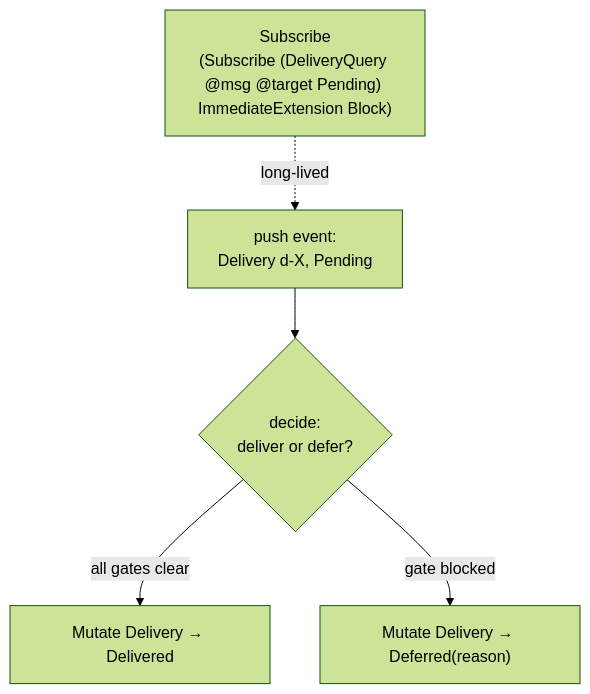
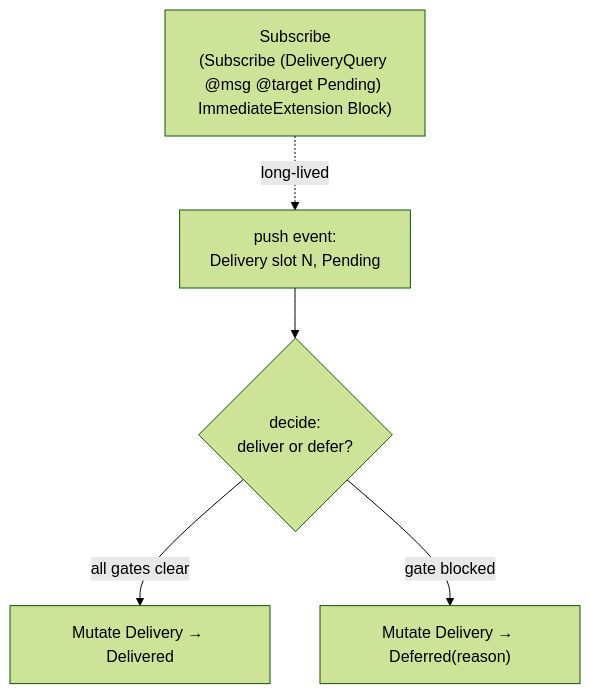
One commit to LiGoldragon/primary changed the fourth of 4 diagrams in reports/designer/40-twelve-verbs-in-persona.md. Above: the diagram before and after it, drawn with Mermaid (forest theme). The commit also changed other lines of this file and 2 other files, not shown here.

````diff
--- a/reports/designer/40-twelve-verbs-in-persona.md
+++ b/reports/designer/40-twelve-verbs-in-persona.md
@@ -250,13 +459,13 @@
 ```mermaid
 flowchart TB
     sub["Subscribe<br/>(Subscribe (DeliveryQuery @msg @target Pending) ImmediateExtension Block)"]
-    event["push event:<br/>Delivery d-X, Pending"]
+    event["push event:<br/>Delivery slot N, Pending"]
     decide{decide:<br/>deliver or defer?}
     deliver["Mutate Delivery → Delivered"]
     defer["Mutate Delivery → Deferred(reason)"]
-    
+
     sub -.long-lived.-> event
     event --> decide
     decide -->|"all gates clear"| deliver
     decide -->|"gate blocked"| defer
 ```
````
